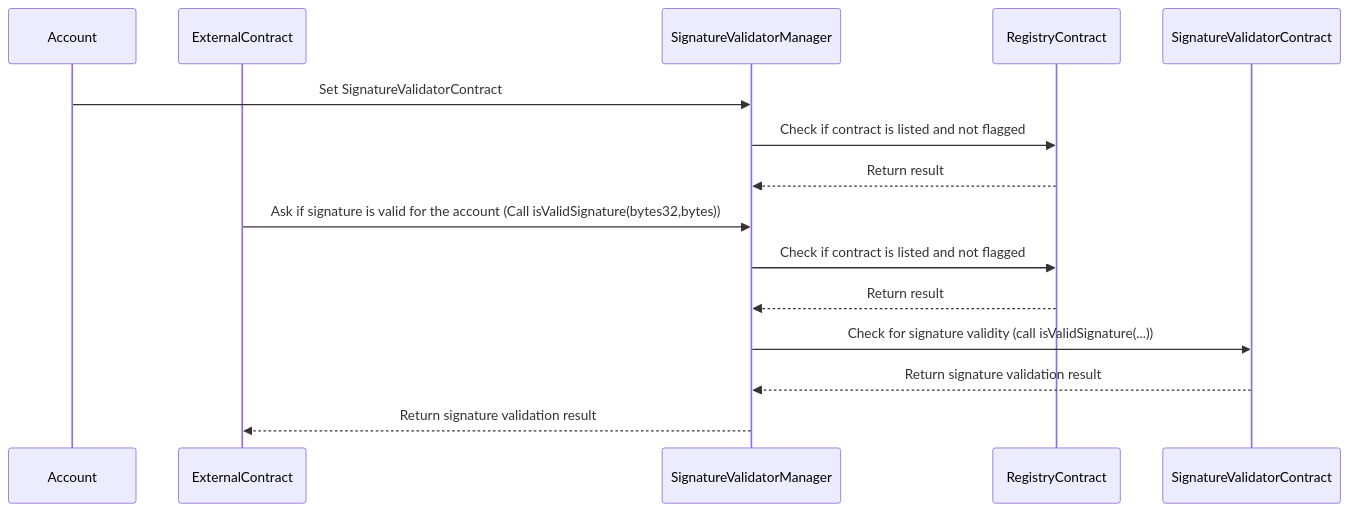
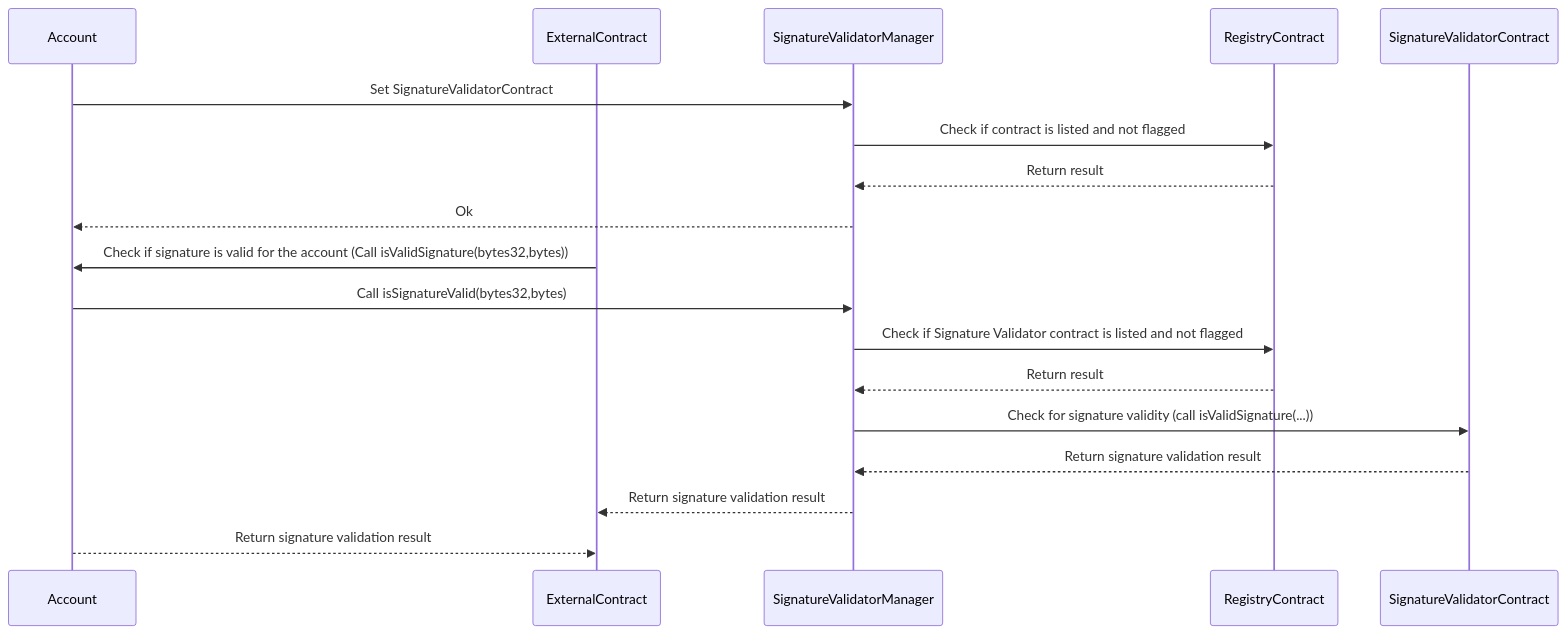
One commit to 5afe/safe-core-protocol-specs changed the diagram in modules/README.md. Above: the diagram before and after it, drawn with Mermaid. The commit also changed other lines of this file, not shown here.

Commit message:
[#43] Update Signature Validation flow

````diff
--- a/modules/README.md
+++ b/modules/README.md
@@ -153,18 +178,21 @@
 ```mermaid
 sequenceDiagram
 	participant Account
 	participant ExternalContract
 	participant SignatureValidatorManager
 	participant RegistryContract
 	participant SignatureValidatorContract
 
 	Account->>SignatureValidatorManager: Set SignatureValidatorContract
 		SignatureValidatorManager->>RegistryContract: Check if contract is listed and not flagged
 		RegistryContract-->>SignatureValidatorManager: Return result
-	ExternalContract->>SignatureValidatorManager: Ask if signature is valid for the account (Call isValidSignature(bytes32,bytes))
-	SignatureValidatorManager->>RegistryContract: Check if contract is listed and not flagged
+    SignatureValidatorManager-->>Account: Ok
+	ExternalContract->>Account: Check if signature is valid for the account (Call isValidSignature(bytes32,bytes))
+    Account->>SignatureValidatorManager: Call isSignatureValid(bytes32,bytes)
+	SignatureValidatorManager->>RegistryContract: Check if Signature Validator contract is listed and not flagged
 	RegistryContract-->>SignatureValidatorManager: Return result
 	SignatureValidatorManager->>SignatureValidatorContract: Check for signature validity (call isValidSignature(...))
 	SignatureValidatorContract-->>SignatureValidatorManager: Return signature validation result
 	SignatureValidatorManager-->>ExternalContract: Return signature validation result
+    Account-->>ExternalContract: Return signature validation result
 ```
````
